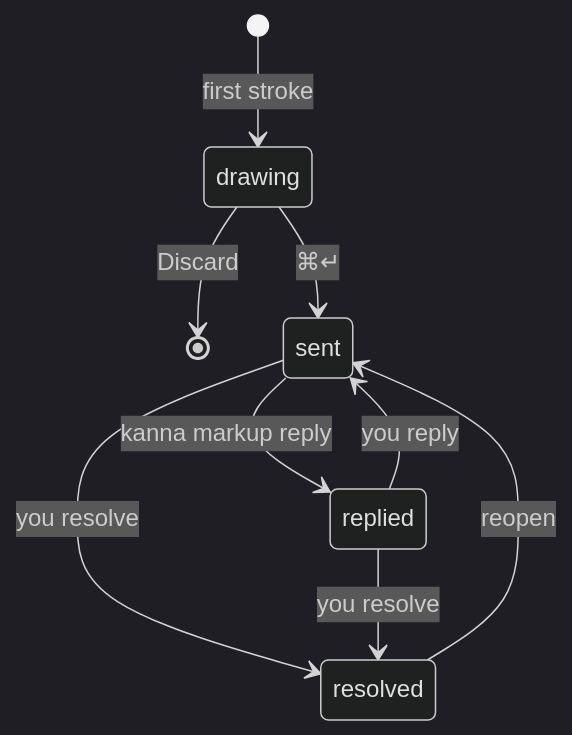
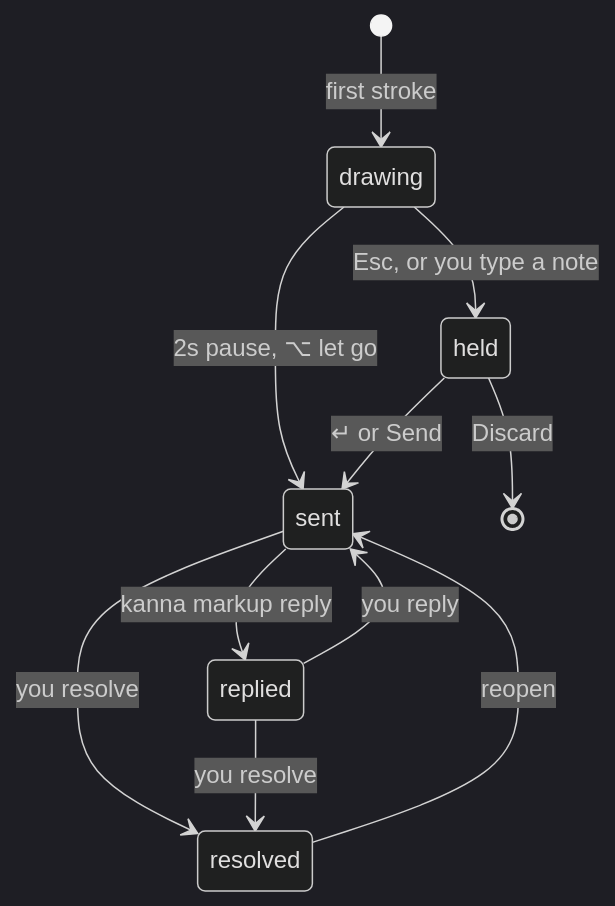
The second of 2 diagrams in docs/specs/ink-markup.md (tampopogk/kanna), drawn with Mermaid (dark theme) before and after one commit. The commit also changed other lines of this file and 4 other files, not shown here.

````diff
--- a/docs/specs/ink-markup.md
+++ b/docs/specs/ink-markup.md
@@ -82,11 +85,13 @@
 ```mermaid
 stateDiagram-v2
     [*] --> drawing: first stroke
-    drawing --> [*]: Discard
-    drawing --> sent: ⌘↵
+    drawing --> sent: 2s pause, ⌥ let go
+    drawing --> held: Esc, or you type a note
+    held --> sent: ↵ or Send
+    held --> [*]: Discard
     sent --> replied: kanna markup reply
     replied --> sent: you reply
     sent --> resolved: you resolve
     replied --> resolved: you resolve
     resolved --> sent: reopen
 ```
````
